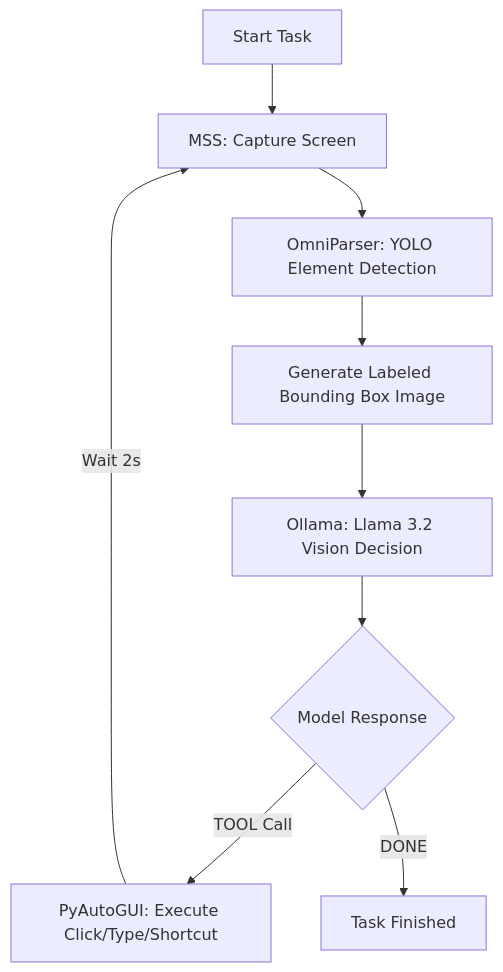
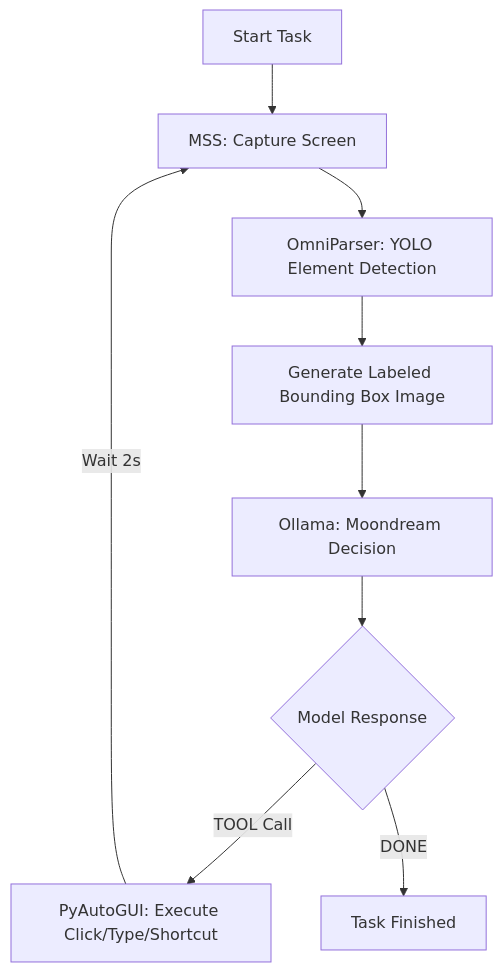
One commit to hussainn7/mcp-vision changed the diagram in README.md. Above: the diagram before and after it, drawn with Mermaid. The commit also changed other lines of this file and 6 other files, not shown here.

Commit message:
fixed sequence, even mapping

````diff
--- a/README.md
+++ b/README.md
@@ -7,11 +7,11 @@
 ```mermaid
 graph TD
     A[Start Task] --> B[MSS: Capture Screen]
     B --> C[OmniParser: YOLO Element Detection]
     C --> D[Generate Labeled Bounding Box Image]
-    D --> E[Ollama: Llama 3.2 Vision Decision]
+    D --> E[Ollama: Moondream Decision]
     E --> F{Model Response}
     F -->|TOOL Call| G[PyAutoGUI: Execute Click/Type/Shortcut]
     G -->|Wait 2s| B
     F -->|DONE| H[Task Finished]
 ```
````
